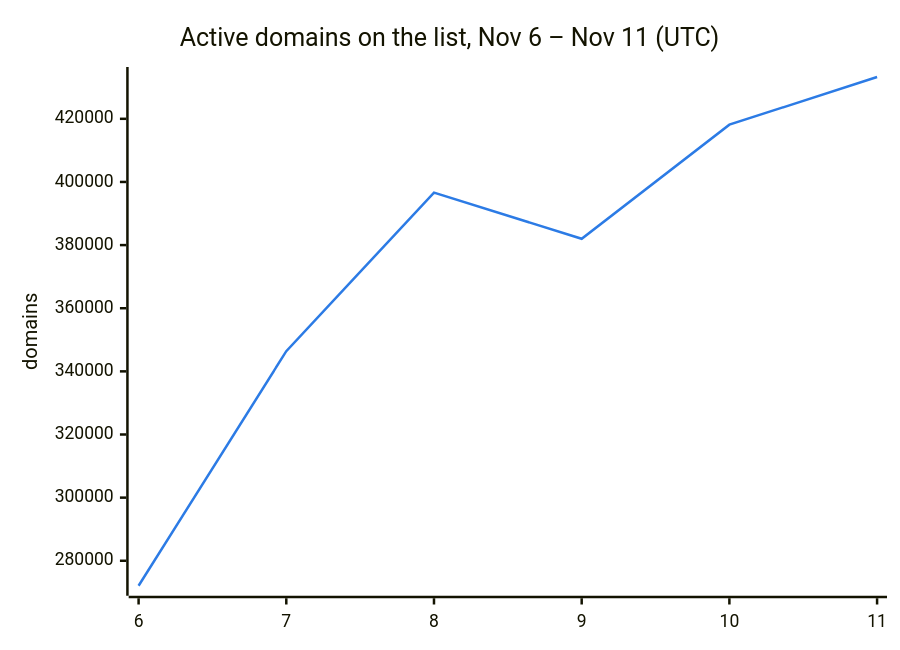
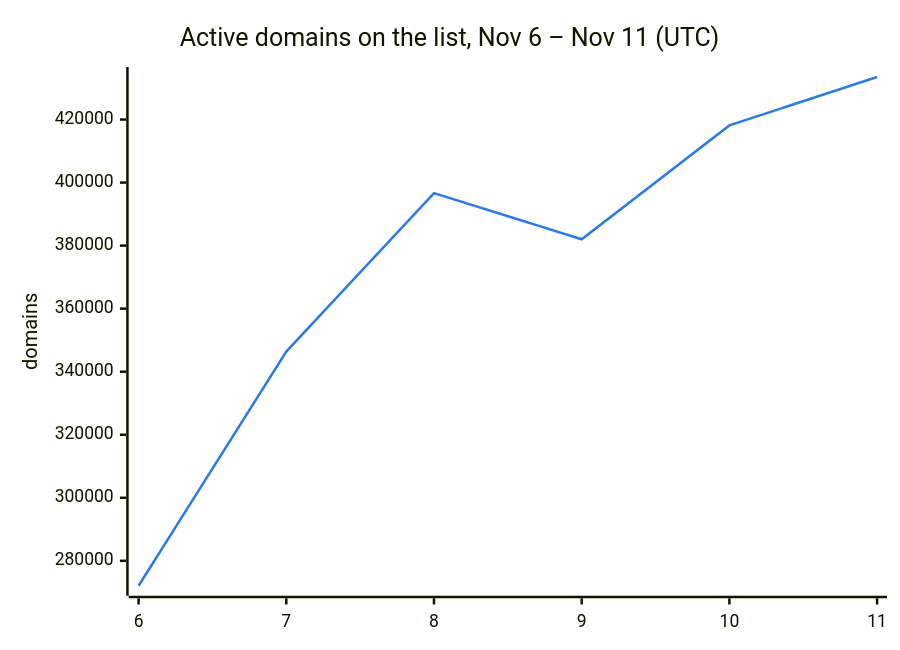
One commit to DNSBunker/CTI changed the second of 3 diagrams in README.md. Above: the diagram before and after it, drawn with Mermaid. The commit also changed other lines of this file and 3 other files, not shown here.

````diff
--- a/README.md
+++ b/README.md
@@ -38,8 +38,8 @@
 ```mermaid
 %%{init: {"themeVariables": {"xyChart": {"plotColorPalette": "#2c7be5"}}}}%%
 xychart-beta
     title "Active domains on the list, Nov 6 – Nov 11 (UTC)"
     x-axis ["6", "7", "8", "9", "10", "11"]
     y-axis "domains"
-    line [272088, 346388, 396638, 382009, 418143, 433245]
+    line [272088, 346388, 396638, 382009, 418143, 433496]
 ```
````
